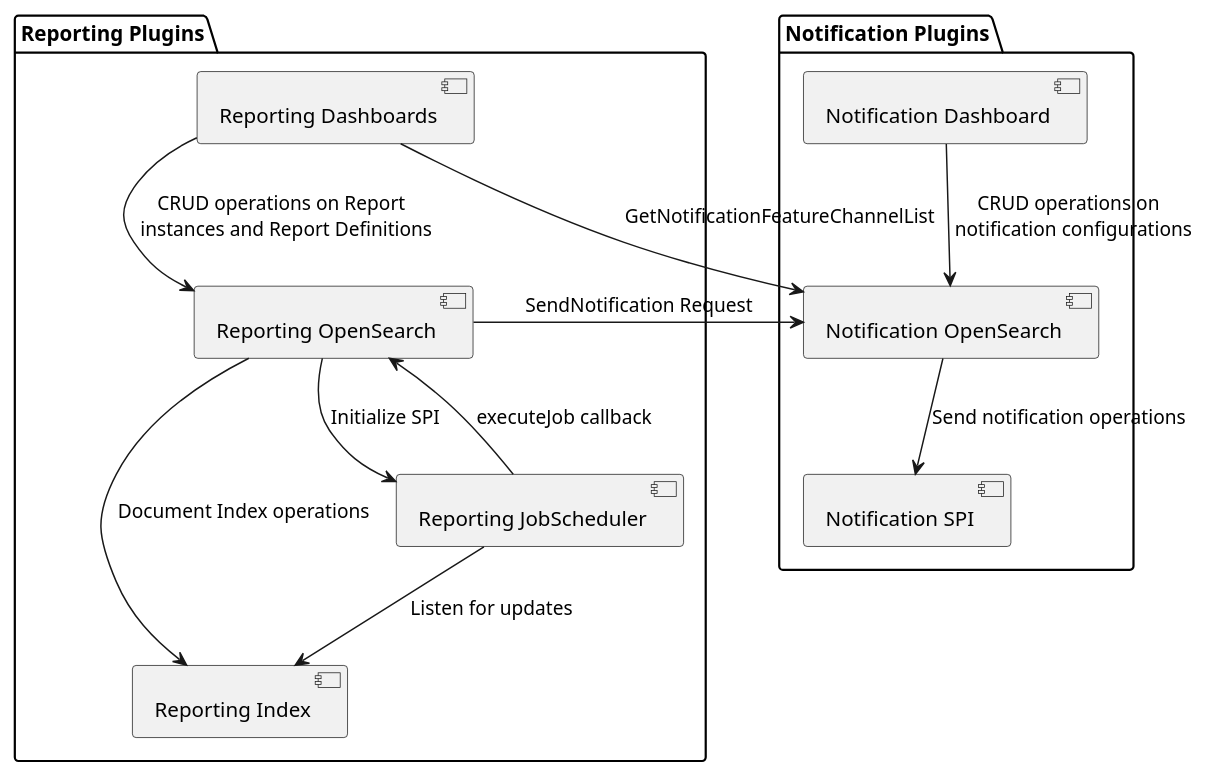
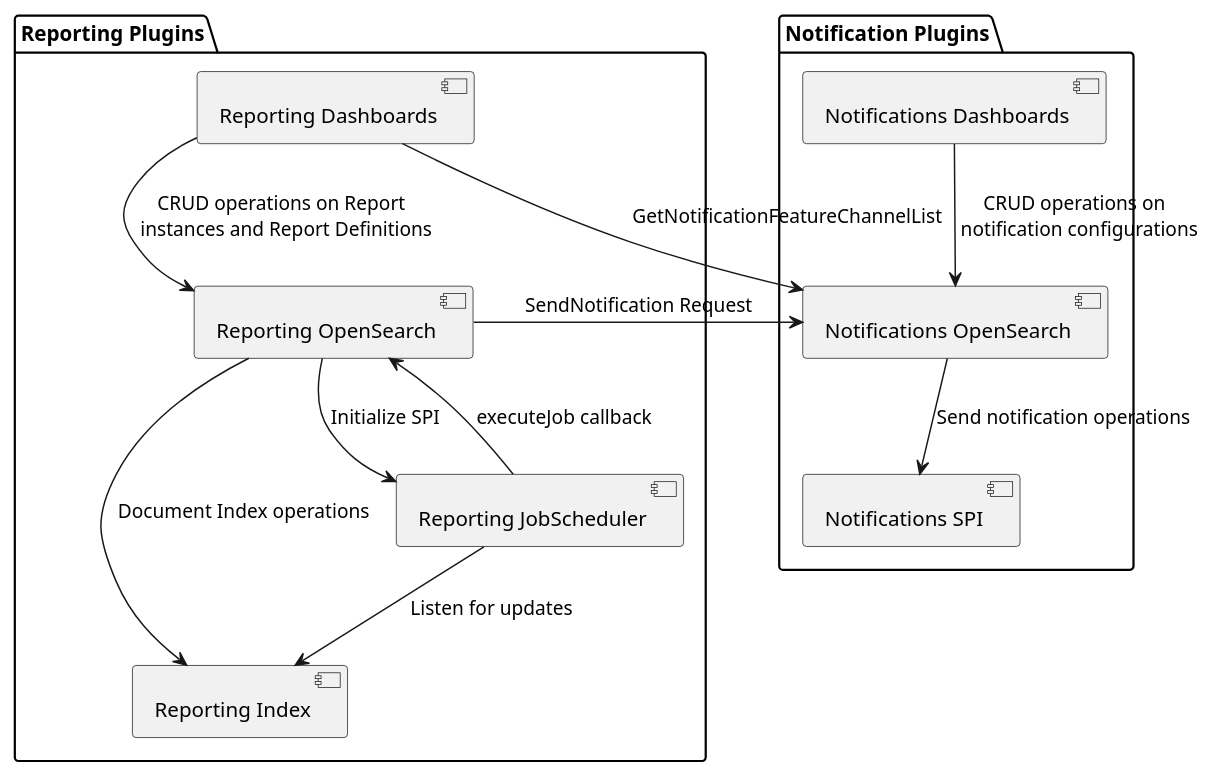
Before and after one commit to opensearch-project/reporting: the diagram in docs/NotificationPluginIntegration.puml, drawn with PlantUML. The commit also changed 1 other file, not shown here.

Commit message:
amend Notifications plugin naming in diagram Signed-off-by: David Cui <davidcui@amazon.com>

```diff
--- a/docs/NotificationPluginIntegration.puml
+++ b/docs/NotificationPluginIntegration.puml
@@ -1,26 +1,26 @@
 @startuml
 
 package "Reporting Plugins" {
   component [Reporting Dashboards] as rd
   component [Reporting OpenSearch] as ros
   component [Reporting Index] as ri
   component [Reporting JobScheduler] as rjs
   rd --> ros : CRUD operations on Report \n instances and Report Definitions
   ros --> ri : Document Index operations
   ros --> rjs : Initialize SPI
   rjs --> ri : Listen for updates
   rjs --> ros : executeJob callback
 }
 
 package "Notification Plugins" {
-  component [Notification Dashboard] as nd
-  component [Notification OpenSearch] as nos
-  component [Notification SPI] as nspi
+  component [Notifications Dashboards] as nd
+  component [Notifications OpenSearch] as nos
+  component [Notifications SPI] as nspi
   nd --> nos : CRUD operations on \n notification configurations
   nos --> nspi : Send notification operations
 }
 
 ros -> nos : SendNotification Request
 rd --> nos : GetNotificationFeatureChannelList
 
 @enduml
```
